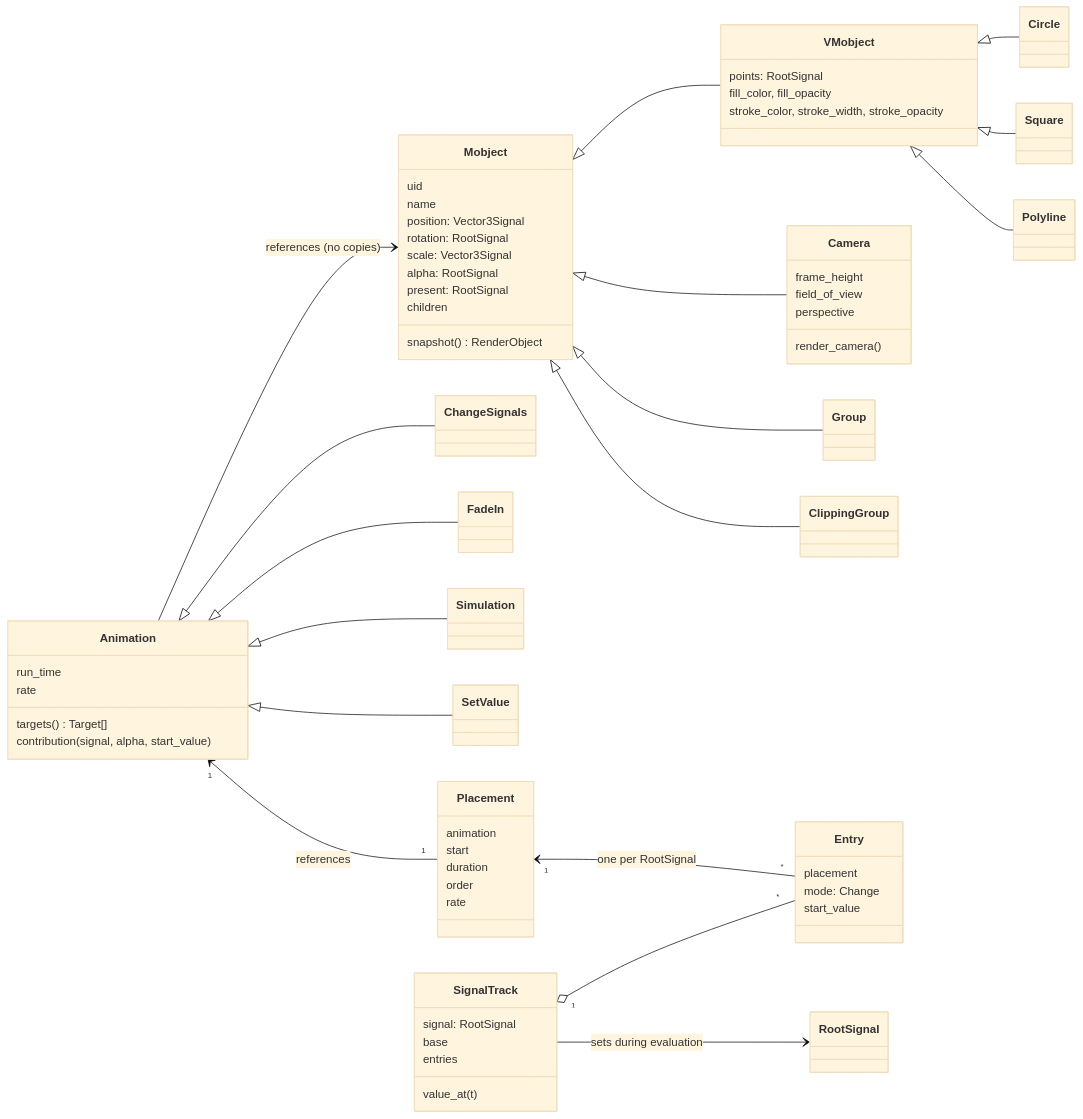
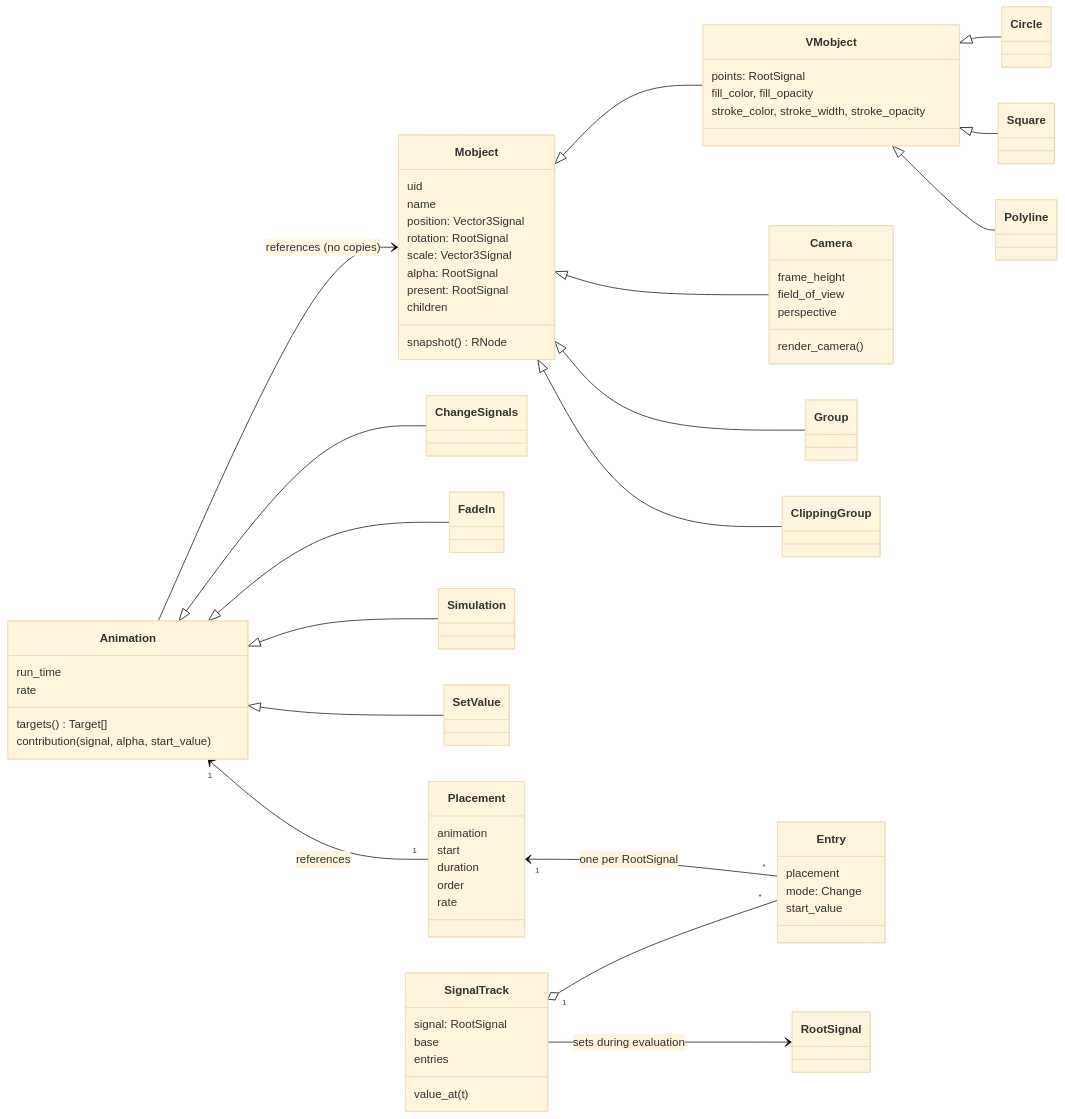
Before and after one commit to MrDiver/manim: the third of 8 diagrams in manimx/ARCHITECTURE.md, drawn with Mermaid (base theme). The commit also changed other lines of this file and 52 other files, not shown here.

````diff
--- a/manimx/ARCHITECTURE.md
+++ b/manimx/ARCHITECTURE.md
@@ -149,69 +151,69 @@
 ```mermaid
 classDiagram
     direction LR
     class Mobject {
         uid
         name
         position: Vector3Signal
         rotation: RootSignal
         scale: Vector3Signal
         alpha: RootSignal
         present: RootSignal
         children
-        snapshot() RenderObject
+        snapshot() RNode
     }
     class VMobject {
         points: RootSignal
         fill_color, fill_opacity
         stroke_color, stroke_width, stroke_opacity
     }
     class Camera {
         frame_height
         field_of_view
         perspective
         render_camera()
     }
     Mobject <|-- VMobject
     Mobject <|-- Group
     Mobject <|-- ClippingGroup
     Mobject <|-- Camera
     VMobject <|-- Circle
     VMobject <|-- Square
     VMobject <|-- Polyline
 
     class Animation {
         run_time
         rate
         targets() Target[]
         contribution(signal, alpha, start_value)
     }
     Animation <|-- ChangeSignals
     Animation <|-- FadeIn
     Animation <|-- Simulation
     Animation <|-- SetValue
 
     class Placement {
         animation
         start
         duration
         order
         rate
     }
     class Entry {
         placement
         mode: Change
         start_value
     }
     class SignalTrack {
         signal: RootSignal
         base
         entries
         value_at(t)
     }
 
     Animation "1" <-- "1" Placement : references
     Placement "1" <-- "*" Entry : one per RootSignal
     SignalTrack "1" o-- "*" Entry
     SignalTrack --> RootSignal : sets during evaluation
     Animation --> Mobject : references (no copies)
 ```
````
